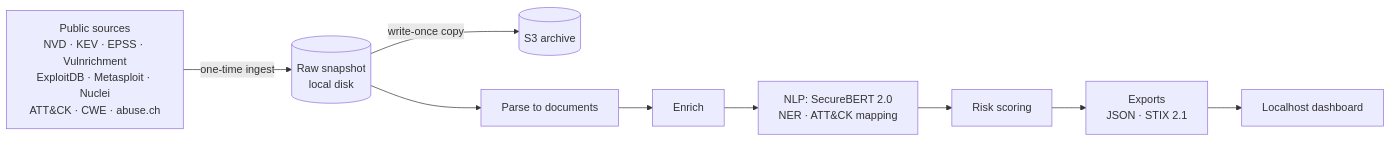
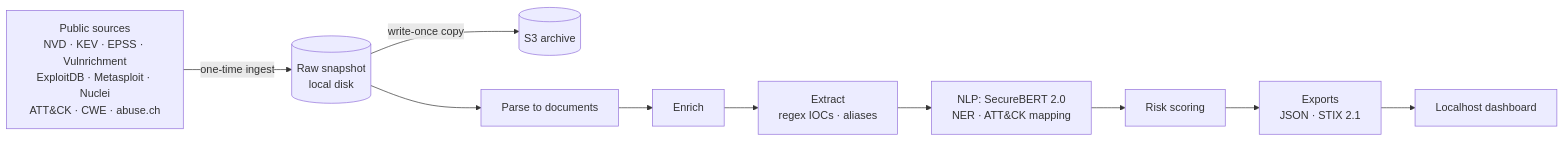
Before and after one commit to arinvandrapu/Cyber-Threat-Intelligence-System: the diagram in README.md, drawn with Mermaid. The commit also changed other lines of this file and 23 other files, not shown here.

````diff
--- a/README.md
+++ b/README.md
@@ -35,11 +38,12 @@
 ```mermaid
 flowchart LR
     A[Public sources<br/>NVD · KEV · EPSS · Vulnrichment<br/>ExploitDB · Metasploit · Nuclei<br/>ATT&CK · CWE · abuse.ch] -->|one-time ingest| B[(Raw snapshot<br/>local disk)]
     B -->|write-once copy| S[(S3 archive)]
     B --> C[Parse to documents]
     C --> D[Enrich]
-    D --> E[NLP: SecureBERT 2.0<br/>NER · ATT&CK mapping]
+    D --> X[Extract<br/>regex IOCs · aliases]
+    X --> E[NLP: SecureBERT 2.0<br/>NER · ATT&CK mapping]
     E --> F[Risk scoring]
     F --> G[Exports<br/>JSON · STIX 2.1]
     G --> H[Localhost dashboard]
 ```
````
